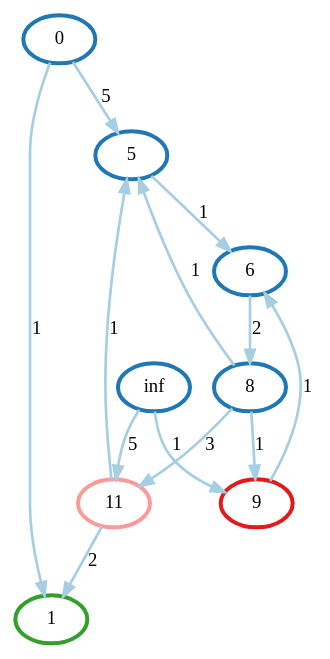
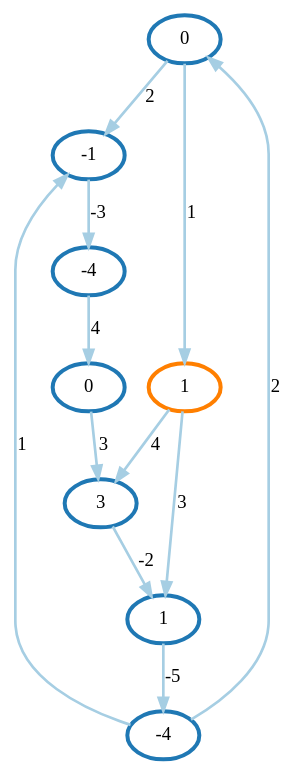
Before and after one commit to Pieterjaninfo/DSEA: the diagram in resources/made_graphs/BellmanFordDirected.dot, drawn with Graphviz. The commit also changed 4 other files, not shown here.

```diff
--- a/resources/made_graphs/BellmanFordDirected.dot
+++ b/resources/made_graphs/BellmanFordDirected.dot
@@ -1,23 +1,22 @@
 digraph G {
     0 [penwidth=3,label="0",color=2, colorscheme=paired12]
-    1 [penwidth=3,label="inf",color=2, colorscheme=paired12]
-    2 [penwidth=3,label="8",color=2, colorscheme=paired12]
-    3 [penwidth=3,label="1",color=4, colorscheme=paired12]
-    4 [penwidth=3,label="11",color=5, colorscheme=paired12]
-    5 [penwidth=3,label="9",color=6, colorscheme=paired12]
-    6 [penwidth=3,label="5",color=2, colorscheme=paired12]
-    7 [penwidth=3,label="6",color=2, colorscheme=paired12]
+    1 [penwidth=3,label="-1",color=2, colorscheme=paired12]
+    2 [penwidth=3,label="1",color=2, colorscheme=paired12]
+    3 [penwidth=3,label="-4",color=2, colorscheme=paired12]
+    4 [penwidth=3,label="-4",color=2, colorscheme=paired12]
+    5 [penwidth=3,label="0",color=2, colorscheme=paired12]
+    6 [penwidth=3,label="3",color=2, colorscheme=paired12]
+    7 [penwidth=3,label="1",color=8, colorscheme=paired12]
 
-    0 -> 3 [penwidth=2,label="1",color=1, colorscheme=paired12]
-    0 -> 6 [penwidth=2,label="5",color=1, colorscheme=paired12]
-    1 -> 5 [penwidth=2,label="1",color=1, colorscheme=paired12]
-    1 -> 4 [penwidth=2,label="5",color=1, colorscheme=paired12]
-    2 -> 6 [penwidth=2,label="1",color=1, colorscheme=paired12]
-    2 -> 4 [penwidth=2,label="3",color=1, colorscheme=paired12]
-    2 -> 5 [penwidth=2,label="1",color=1, colorscheme=paired12]
-    7 -> 2 [penwidth=2,label="2",color=1, colorscheme=paired12]
-    4 -> 3 [penwidth=2,label="2",color=1, colorscheme=paired12]
-    4 -> 6 [penwidth=2,label="1",color=1, colorscheme=paired12]
-    5 -> 7 [penwidth=2,label="1",color=1, colorscheme=paired12]
-    6 -> 7 [penwidth=2,label="1",color=1, colorscheme=paired12]
+    0 -> 7 [penwidth=2,label="1",color=1, colorscheme=paired12]
+    0 -> 1 [penwidth=2,label="2",color=1, colorscheme=paired12]
+    3 -> 0 [penwidth=2,label="2",color=1, colorscheme=paired12]
+    3 -> 1 [penwidth=2,label="1",color=1, colorscheme=paired12]
+    2 -> 3 [penwidth=2,label="-5",color=1, colorscheme=paired12]
+    7 -> 2 [penwidth=2,label="3",color=1, colorscheme=paired12]
+    7 -> 6 [penwidth=2,label="4",color=1, colorscheme=paired12]
+    6 -> 2 [penwidth=2,label="-2",color=1, colorscheme=paired12]
+    5 -> 6 [penwidth=2,label="3",color=1, colorscheme=paired12]
+    4 -> 5 [penwidth=2,label="4",color=1, colorscheme=paired12]
+    1 -> 4 [penwidth=2,label="-3",color=1, colorscheme=paired12]
 }
```
